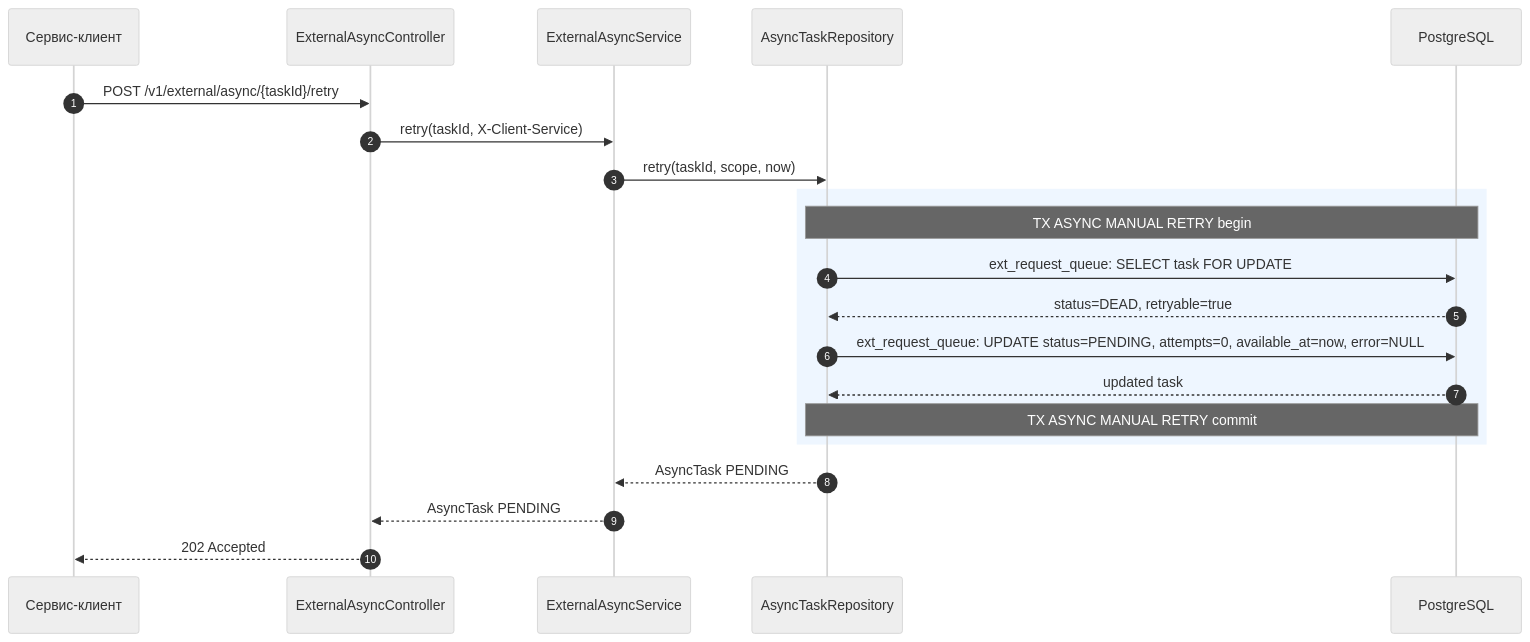
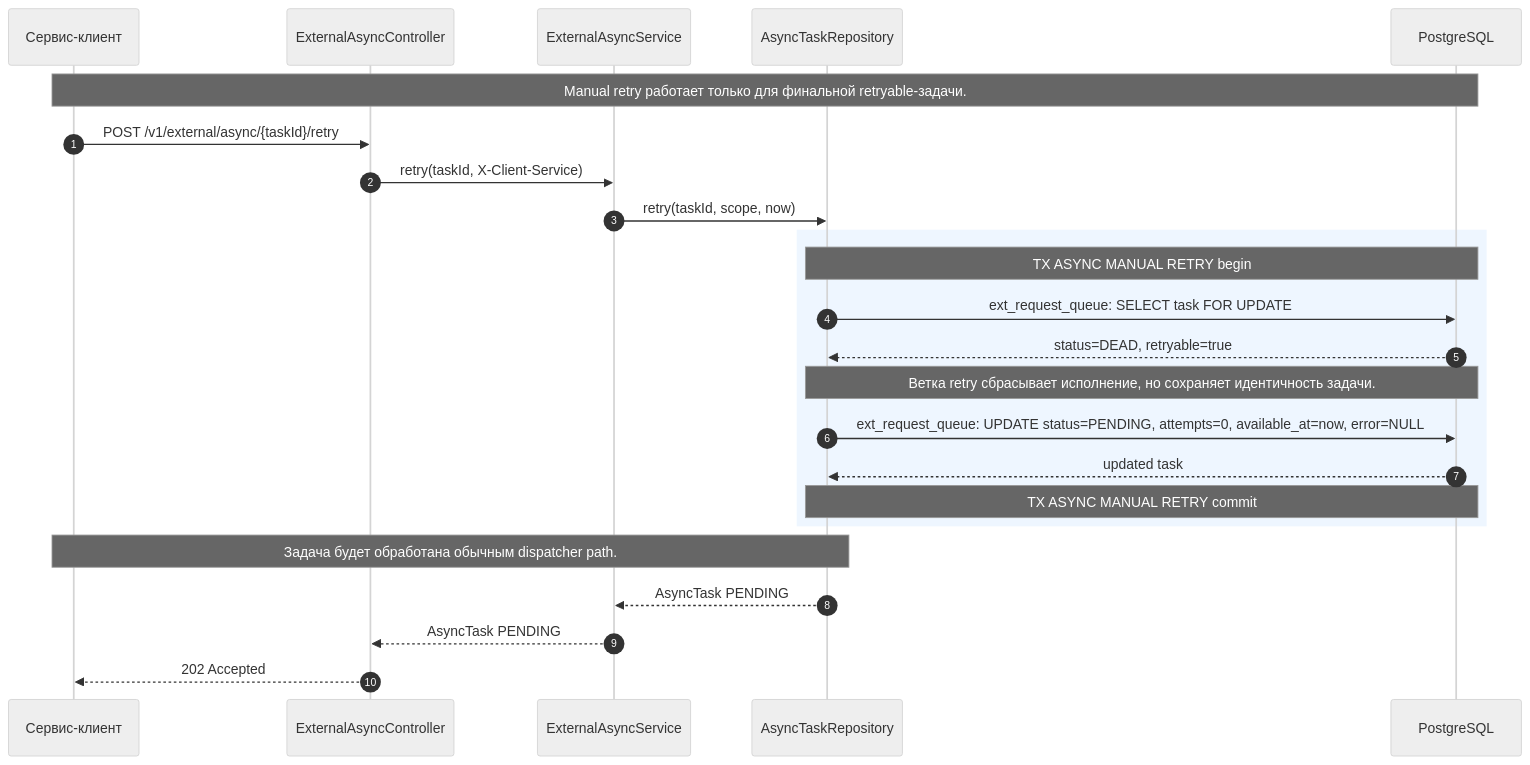
Before and after one commit to DenisVanin4402/TestQwenCli: diagram 12 of 12 in docs/external-service-gateway/architecture/06-sequence-async.md, drawn with Mermaid (neutral theme). The commit also changed other lines of this file and 2 other files, not shown here.

Commit message:
диаграммы обновлены детализацией sequence

````diff
--- a/docs/external-service-gateway/architecture/06-sequence-async.md
+++ b/docs/external-service-gateway/architecture/06-sequence-async.md
@@ -372,24 +639,27 @@
 ```mermaid
 sequenceDiagram
     autonumber
     participant Client as Сервис-клиент
     participant API as ExternalAsyncController
     participant Service as ExternalAsyncService
     participant Repo as AsyncTaskRepository
     participant DB as PostgreSQL
 
+    Note over Client,DB: Manual retry работает только для финальной retryable-задачи.
     Client->>API: POST /v1/external/async/{taskId}/retry
     API->>Service: retry(taskId, X-Client-Service)
     Service->>Repo: retry(taskId, scope, now)
     rect rgb(238, 246, 255)
         Note over Repo,DB: TX ASYNC MANUAL RETRY begin
         Repo->>DB: ext_request_queue: SELECT task FOR UPDATE
         DB-->>Repo: status=DEAD, retryable=true
+        Note over Repo,DB: Ветка retry сбрасывает исполнение, но сохраняет идентичность задачи.
         Repo->>DB: ext_request_queue: UPDATE status=PENDING, attempts=0, available_at=now, error=NULL
         DB-->>Repo: updated task
         Note over Repo,DB: TX ASYNC MANUAL RETRY commit
     end
+    Note over Repo,Client: Задача будет обработана обычным dispatcher path.
     Repo-->>Service: AsyncTask PENDING
     Service-->>API: AsyncTask PENDING
     API-->>Client: 202 Accepted
 ```
````
